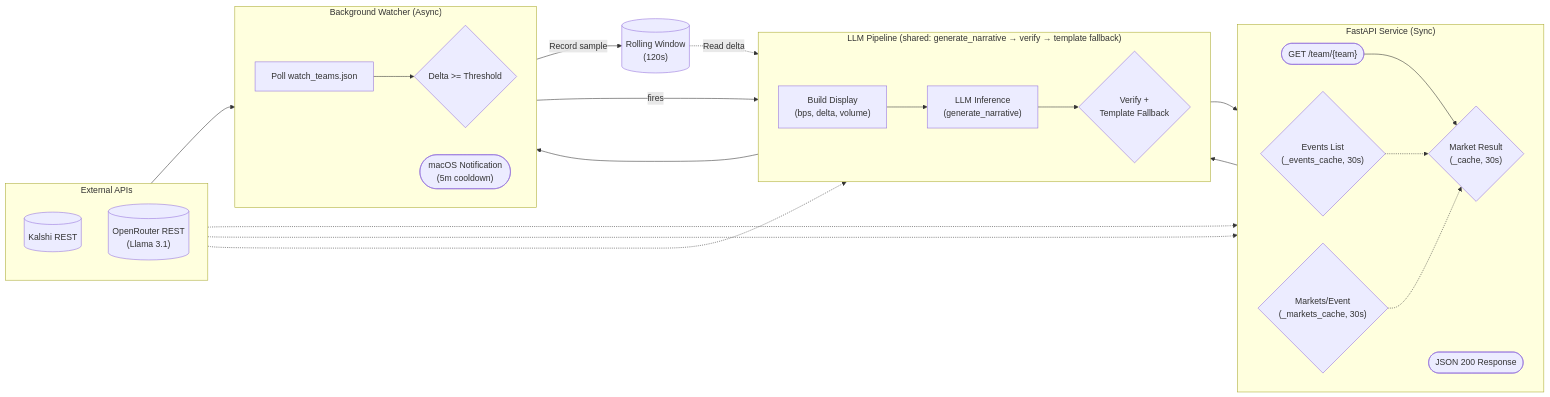
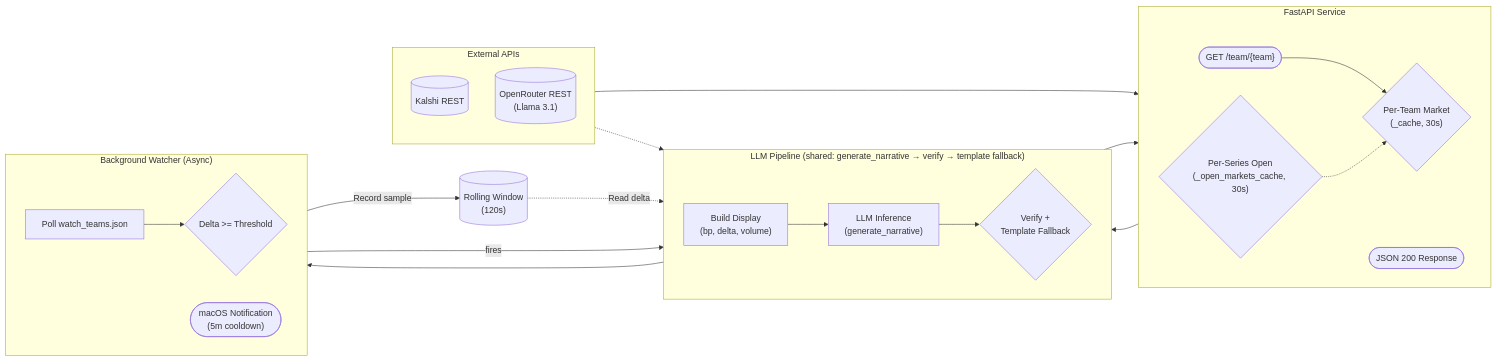
One commit to svadrutk/speakeasy-takehome changed the diagram in README.md. Above: the diagram before and after it, drawn with Mermaid. The commit also changed other lines of this file and 7 other files, not shown here.

First line of the commit message:
refactor(picker): replace events-based flow with /markets?status=open

````diff
--- a/README.md
+++ b/README.md
@@ -9,61 +9,57 @@
 ```mermaid
 flowchart LR
     %% Shared State
     Window[("Rolling Window\n(120s)")]
 
     %% External Dependencies
     subgraph External ["External APIs"]
         direction TB
         Kalshi[("Kalshi REST")]
         OpenRouter[("OpenRouter REST\n(Llama 3.1)")]
     end
 
     %% Shared LLM Pipeline
     subgraph LLM ["LLM Pipeline (shared: generate_narrative → verify → template fallback)"]
         direction LR
-        XForm["Build Display\n(bps, delta, volume)"]
+        XForm["Build Display\n(bp, delta, volume)"]
         Gen["LLM Inference\n(generate_narrative)"]
         Vfy{"Verify +\nTemplate Fallback"}
 
         XForm --> Gen
         Gen --> Vfy
     end
 
     %% Synchronous API Path
-    subgraph Service ["FastAPI Service (Sync)"]
+    subgraph Service ["FastAPI Service"]
         direction LR
         Req(["GET /team/{team}"])
-        EventsCache{"Events List\n(_events_cache, 30s)"}
-        MarketsCache{"Markets/Event\n(_markets_cache, 30s)"}
-        ResultCache{"Market Result\n(_cache, 30s)"}
+        TeamCache{"Per-Team Market\n(_cache, 30s)"}
+        SeriesCache{"Per-Series Open\n(_open_markets_cache, 30s)"}
         Out(["JSON 200 Response"])
 
-        Req --> ResultCache
-        EventsCache -.-> ResultCache
-        MarketsCache -.-> ResultCache
-        ResultCache --> XForm
+        Req --> TeamCache
+        SeriesCache -.-> TeamCache
+        TeamCache --> XForm
         Vfy --> Out
     end
 
     %% Asynchronous Background Path
     subgraph Watcher ["Background Watcher (Async)"]
         direction LR
         Poll["Poll watch_teams.json"]
         Gate{"Delta >= Threshold"}
         Notif(["macOS Notification\n(5m cooldown)"])
 
         Poll --> Gate
         Gate -- fires --> XForm
         Vfy --> Notif
     end
 
     %% External feeds
-    Kalshi --> Poll
-    Kalshi -.-> EventsCache
-    Kalshi -.-> MarketsCache
+    Kalshi --> SeriesCache
     OpenRouter -.-> Gen
 
     %% Shared State
     Watcher -- "Record sample" --> Window
     Window -. "Read delta" .-> XForm
 ```
````
